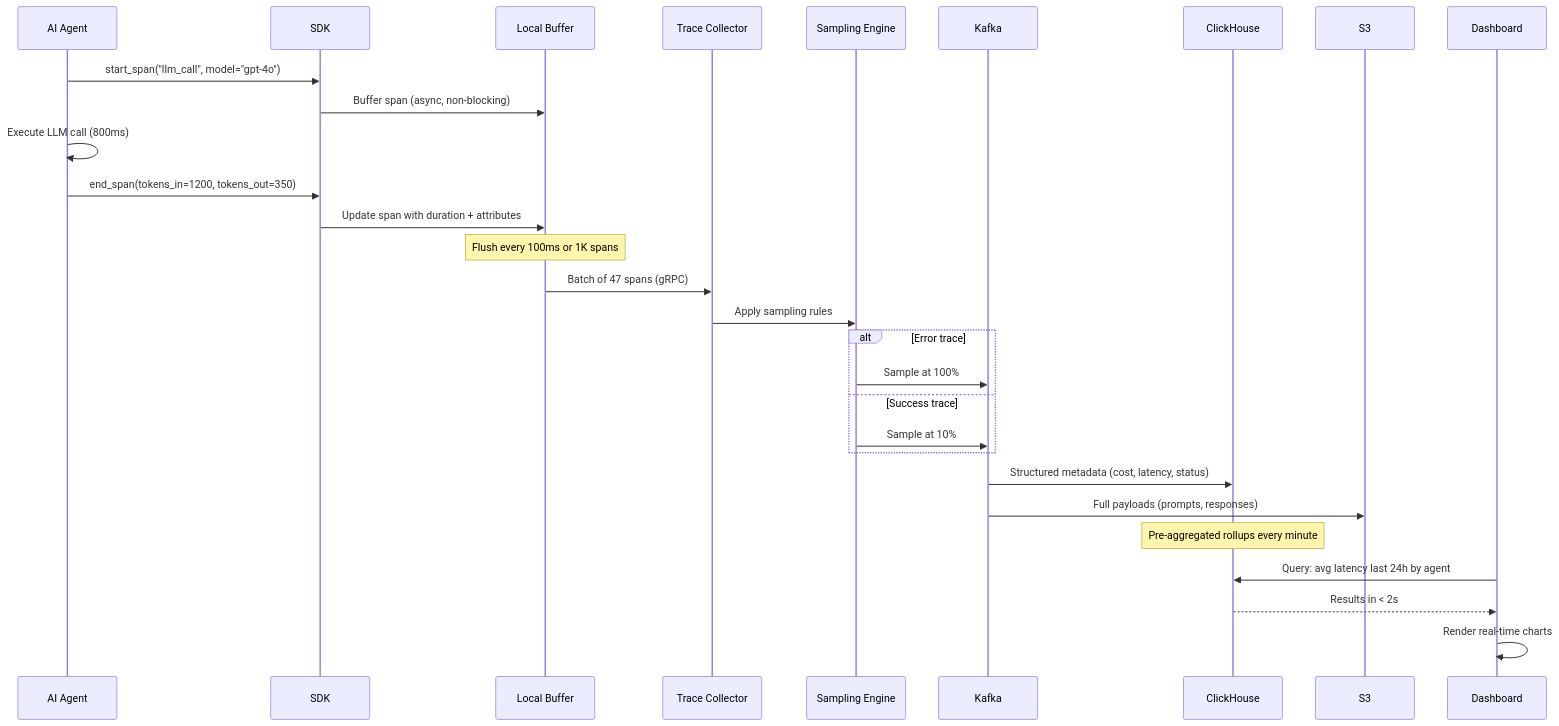
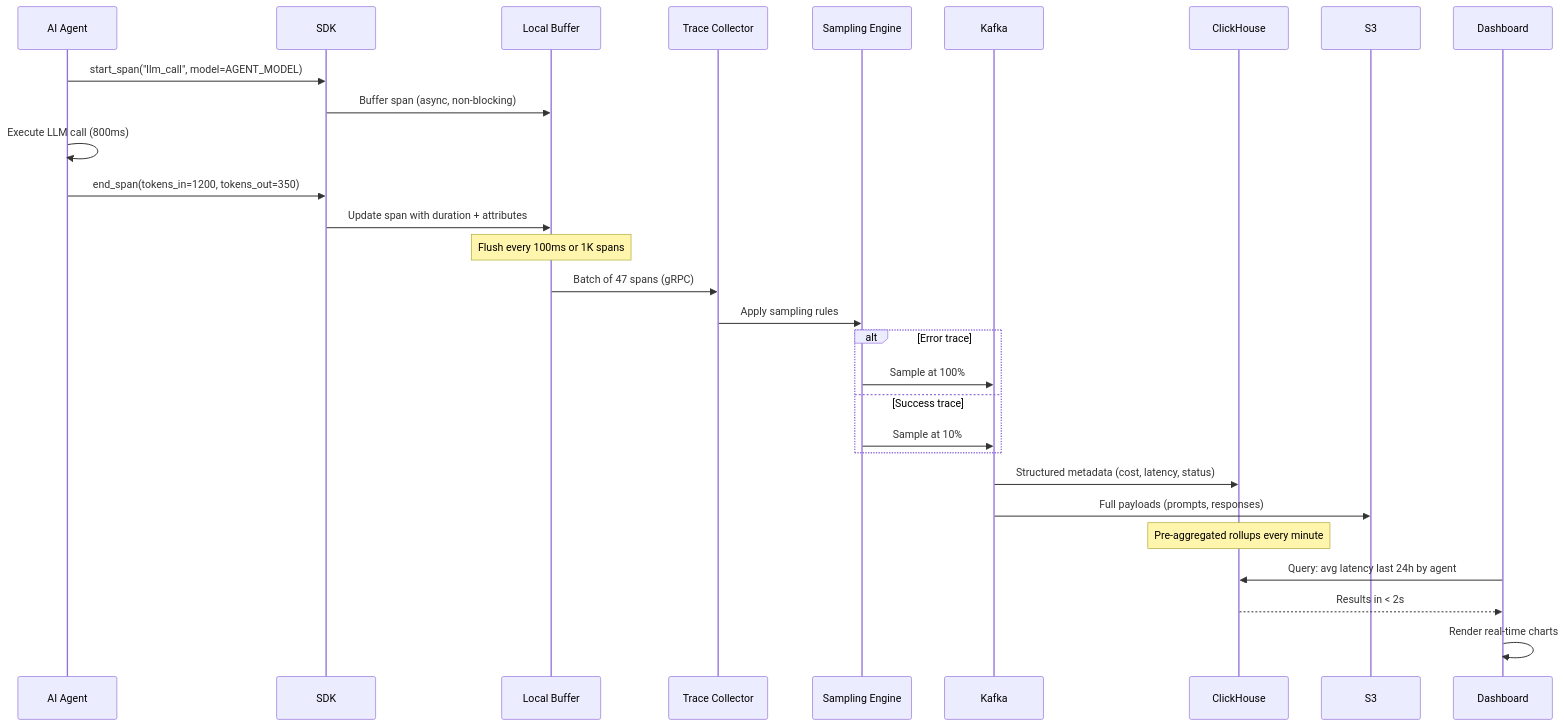
One commit to spawn08/agentic-ai-interview-kit changed the second of 4 diagrams in docs/architecture-design/observability-platform.md. Above: the diagram before and after it, drawn with Mermaid. The commit also changed other lines of this file and 150 other files, not shown here.

````diff
--- a/docs/architecture-design/observability-platform.md
+++ b/docs/architecture-design/observability-platform.md
@@ -196,36 +197,36 @@
 ```mermaid
 sequenceDiagram
     participant Agent as AI Agent
     participant SDK as SDK
     participant Buffer as Local Buffer
     participant Coll as Trace Collector
     participant Sampler as Sampling Engine
     participant Kafka as Kafka
     participant CH as ClickHouse
     participant S3 as S3
     participant Dash as Dashboard
 
-    Agent->>SDK: start_span("llm_call", model="gpt-4o")
+    Agent->>SDK: start_span("llm_call", model=AGENT_MODEL)
     SDK->>Buffer: Buffer span (async, non-blocking)
     Agent->>Agent: Execute LLM call (800ms)
     Agent->>SDK: end_span(tokens_in=1200, tokens_out=350)
     SDK->>Buffer: Update span with duration + attributes
 
     Note over Buffer: Flush every 100ms or 1K spans
     Buffer->>Coll: Batch of 47 spans (gRPC)
     Coll->>Sampler: Apply sampling rules
 
     alt Error trace
         Sampler->>Kafka: Sample at 100%
     else Success trace
         Sampler->>Kafka: Sample at 10%
     end
 
     Kafka->>CH: Structured metadata (cost, latency, status)
     Kafka->>S3: Full payloads (prompts, responses)
 
     Note over CH: Pre-aggregated rollups every minute
     Dash->>CH: Query: avg latency last 24h by agent
     CH-->>Dash: Results in < 2s
     Dash->>Dash: Render real-time charts
 ```
````
